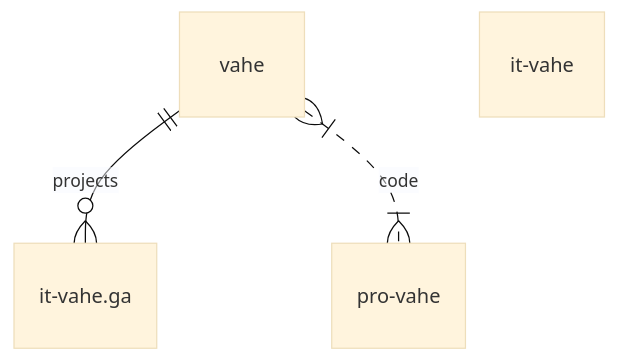
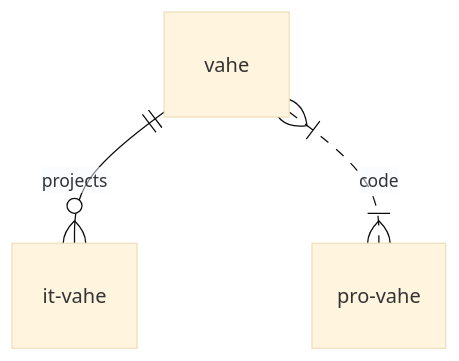
One commit to GriArsVah/vahe changed the diagram in README.md. Above: the diagram before and after it, drawn with Mermaid (base theme). The commit also changed other lines of this file, not shown here.

````diff
--- a/README.md
+++ b/README.md
@@ -27,6 +27,6 @@
 ```mermaid
 erDiagram
-    vahe ||--o{ it-vahe.ga : projects
+    vahe ||--o{ it-vahe : projects
     it-vahe
     vahe }|..|{ pro-vahe : code
 ```
````
